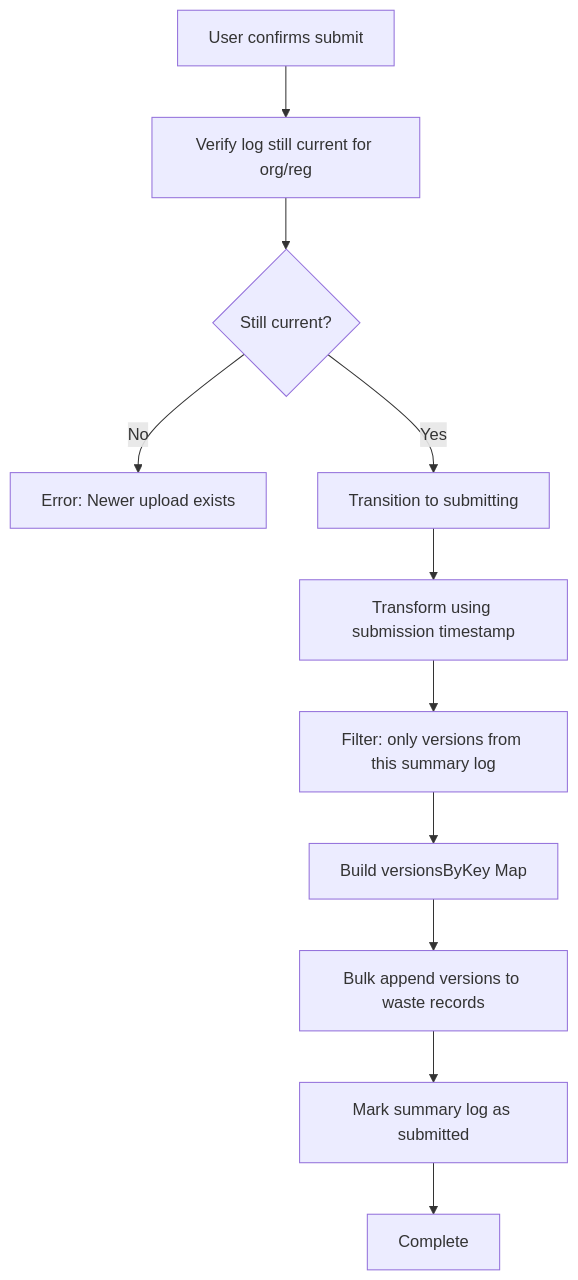
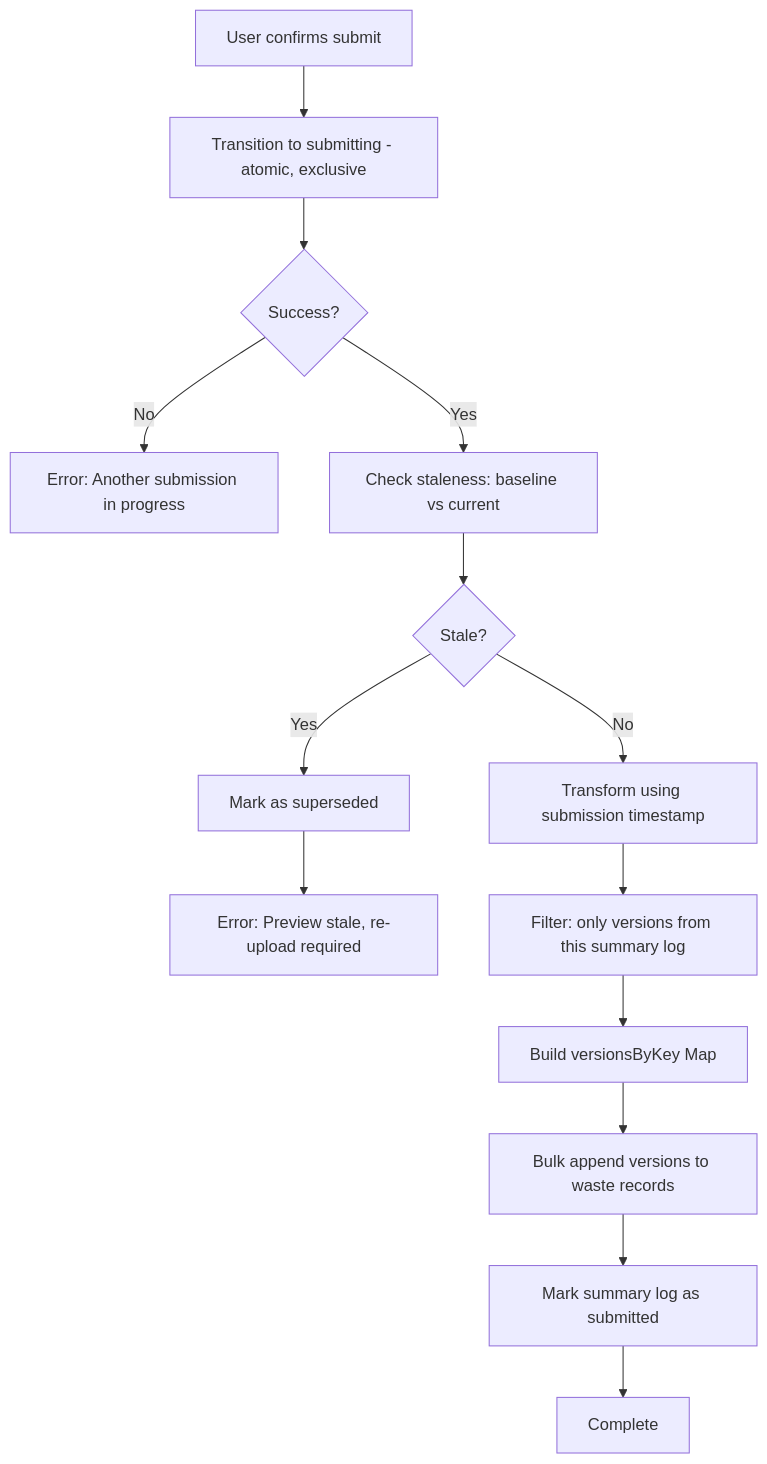
Before and after one commit to DEFRA/epr-re-ex-service: the seventh of 7 diagrams in docs/architecture/discovery/summary-log-submission-lld.md, drawn with Mermaid. The commit also changed other lines of this file, not shown here.

First line of the commit message:
PAE-752: Update LLD for deferred staleness detection

````diff
--- a/docs/architecture/discovery/summary-log-submission-lld.md
+++ b/docs/architecture/discovery/summary-log-submission-lld.md
@@ -409,13 +441,16 @@
 ```mermaid
 flowchart TD
-    A[User confirms submit] --> B[Verify log still current for org/reg]
-    B --> C{Still current?}
-    C -->|No| D[Error: Newer upload exists]
-    C -->|Yes| E[Transition to submitting]
-    E --> F[Transform using submission timestamp]
-    F --> G[Filter: only versions from this summary log]
-    G --> H[Build versionsByKey Map]
-    H --> I[Bulk append versions to waste records]
-    I --> J[Mark summary log as submitted]
-    J --> K[Complete]
+    A[User confirms submit] --> B[Transition to submitting - atomic, exclusive]
+    B --> C{Success?}
+    C -->|No| D[Error: Another submission in progress]
+    C -->|Yes| E[Check staleness: baseline vs current]
+    E --> F{Stale?}
+    F -->|Yes| G[Mark as superseded]
+    G --> H[Error: Preview stale, re-upload required]
+    F -->|No| I[Transform using submission timestamp]
+    I --> J[Filter: only versions from this summary log]
+    J --> K[Build versionsByKey Map]
+    K --> L[Bulk append versions to waste records]
+    L --> M[Mark summary log as submitted]
+    M --> N[Complete]
 ```
````
